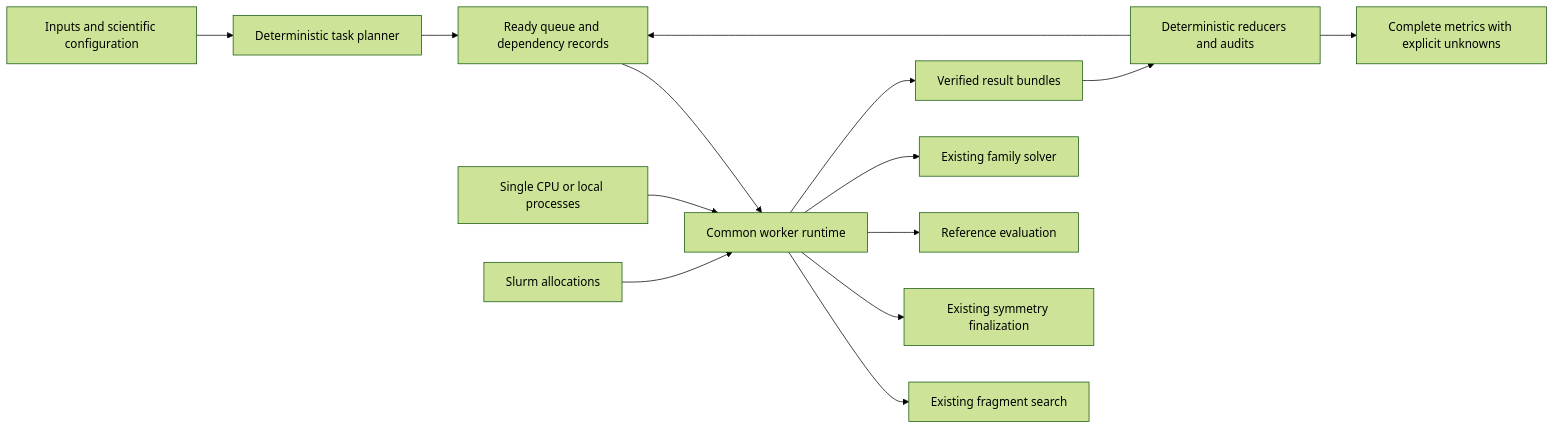
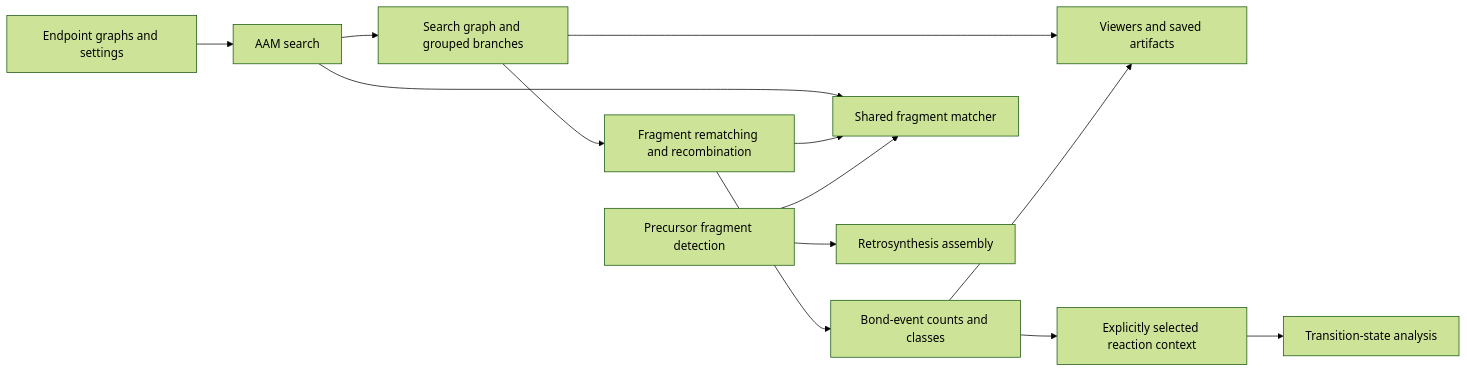
The diagram in design.md (yunhzou/MAPPA-AAM), drawn with Mermaid (forest theme) before and after one commit. The commit also changed other lines of this file and 59 other files, not shown here.

````diff
--- a/design.md
+++ b/design.md
@@ -170,16 +10,15 @@
 ```mermaid
 flowchart LR
-    Inputs[Inputs and scientific configuration] --> Planner[Deterministic task planner]
-    Planner --> Queue[Ready queue and dependency records]
-    Queue --> Runtime[Common worker runtime]
-    Local[Single CPU or local processes] --> Runtime
-    Slurm[Slurm allocations] --> Runtime
-    Runtime --> Search[Existing fragment search]
-    Runtime --> Finalize[Existing symmetry finalization]
-    Runtime --> Evaluate[Reference evaluation]
-    Runtime --> Decode[Existing family solver]
-    Runtime --> Bundles[Verified result bundles]
-    Bundles --> Reduce[Deterministic reducers and audits]
-    Reduce --> Queue
-    Reduce --> Report[Complete metrics with explicit unknowns]
+    Input[Endpoint graphs and settings] --> Search[AAM search]
+    Search --> Result[Search graph and grouped branches]
+    Result --> Conversion[Fragment rematching and recombination]
+    Conversion --> Events[Bond-event counts and classes]
+    Search --> Matcher[Shared fragment matcher]
+    Conversion --> Matcher
+    Detection[Precursor fragment detection] --> Matcher
+    Detection --> Assembly[Retrosynthesis assembly]
+    Result --> View[Viewers and saved artifacts]
+    Events --> View
+    Events --> Reaction[Explicitly selected reaction context]
+    Reaction --> TS[Transition-state analysis]
 ```
````
